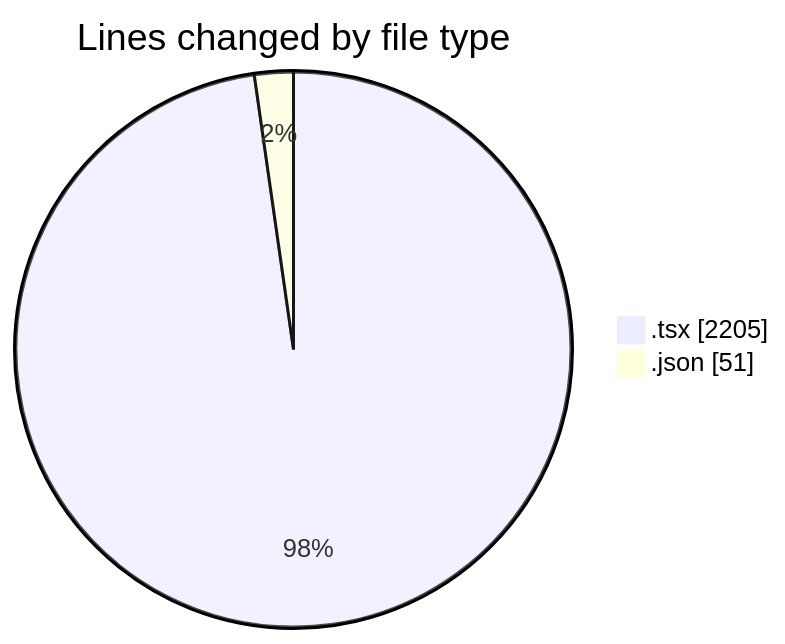
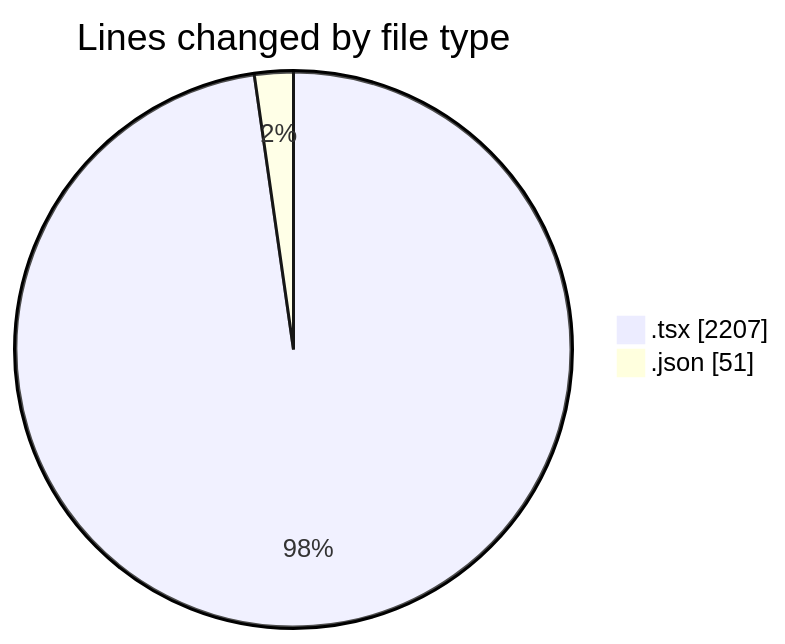
Before and after one commit to momahboobian/code-tracking: the first of 2 diagrams in 2025-10-02/cda/README.md, drawn with Mermaid. The commit also changed other lines of this file and 1 other file, not shown here.

````diff
--- a/2025-10-02/cda/README.md
+++ b/2025-10-02/cda/README.md
@@ -21,6 +21,6 @@
 ```mermaid
 pie showData
 title Lines changed by file type
-".tsx" : 2205
+".tsx" : 2207
 ".json" : 51
 ```
````
